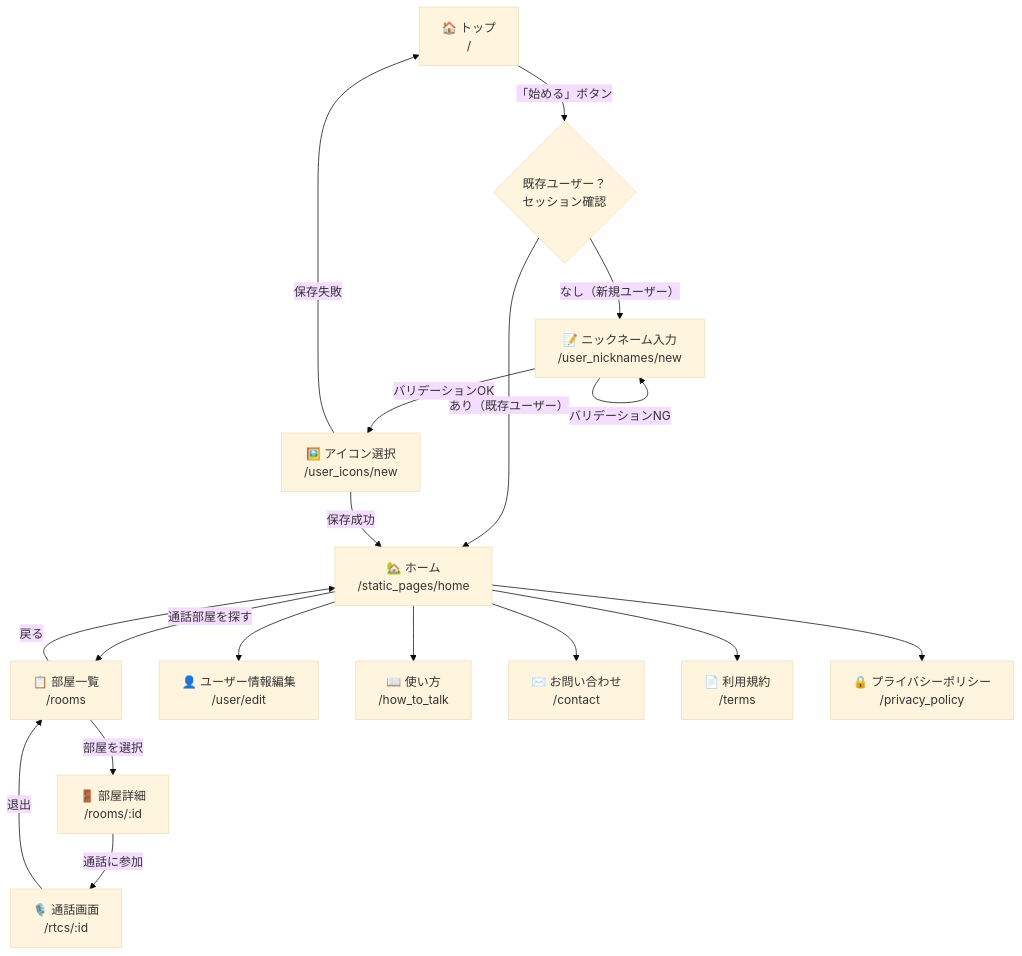
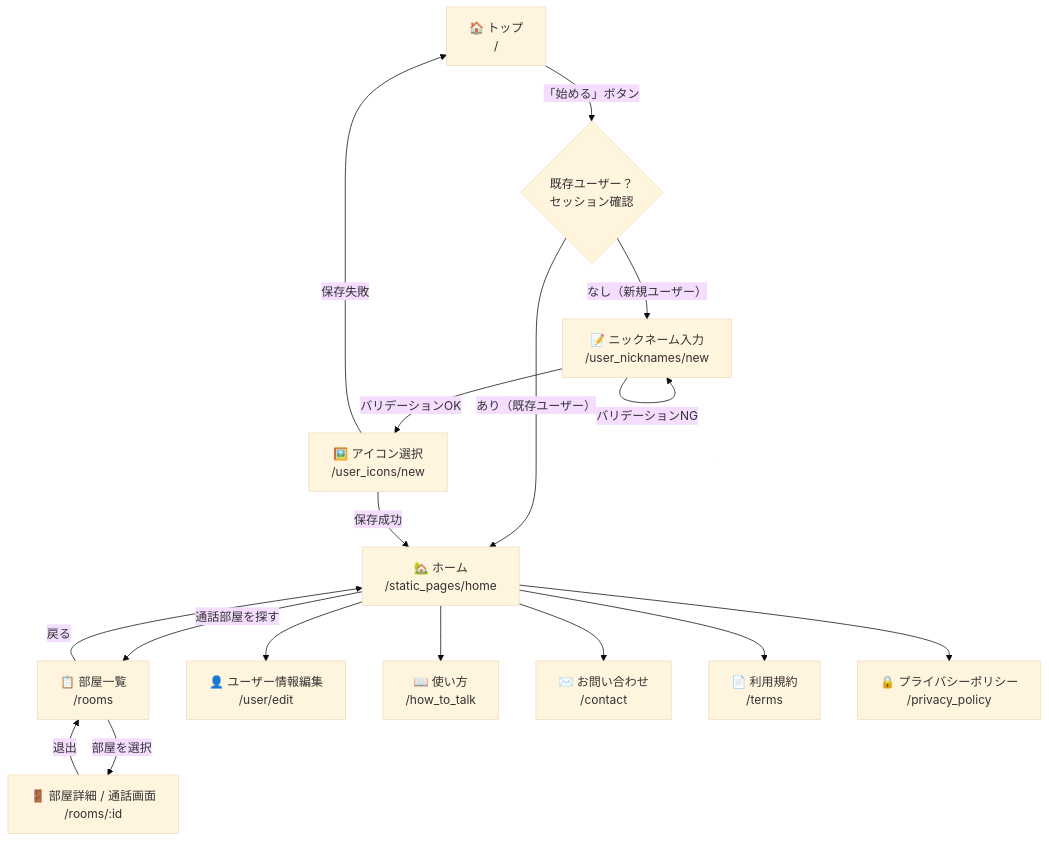
Before and after one commit to taka-thor/myapp: the diagram in docs/screen_transition.md, drawn with Mermaid (base theme).

Commit message:
update: 通話画面ノードを削除し部屋詳細に統合

````diff
--- a/docs/screen_transition.md
+++ b/docs/screen_transition.md
@@ -3,49 +3,46 @@
 ```mermaid
 flowchart TD
     TOP["🏠 トップ\n/"]
     SESSION{"既存ユーザー？\nセッション確認"}
     NICKNAME["📝 ニックネーム入力\n/user_nicknames/new"]
     ICON["🖼️ アイコン選択\n/user_icons/new"]
     HOME["🏡 ホーム\n/static_pages/home"]
     ROOMS["📋 部屋一覧\n/rooms"]
-    ROOM_SHOW["🚪 部屋詳細\n/rooms/:id"]
-    RTC["🎙️ 通話画面\n/rtcs/:id"]
+    ROOM_SHOW["🚪 部屋詳細 / 通話画面\n/rooms/:id"]
     USER_EDIT["👤 ユーザー情報編集\n/user/edit"]
     HOW_TO["📖 使い方\n/how_to_talk"]
     CONTACT["✉️ お問い合わせ\n/contact"]
     TERMS["📄 利用規約\n/terms"]
     PRIVACY["🔒 プライバシーポリシー\n/privacy_policy"]
 
     TOP -->|"「始める」ボタン"| SESSION
     SESSION -->|"あり（既存ユーザー）"| HOME
     SESSION -->|"なし（新規ユーザー）"| NICKNAME
     NICKNAME -->|"バリデーションOK"| ICON
     NICKNAME -->|"バリデーションNG"| NICKNAME
     ICON -->|"保存成功"| HOME
     ICON -->|"保存失敗"| TOP
 
     HOME -->|"通話部屋を探す"| ROOMS
     HOME --> USER_EDIT
     HOME --> HOW_TO
     HOME --> CONTACT
     HOME --> TERMS
     HOME --> PRIVACY
 
     ROOMS -->|"部屋を選択"| ROOM_SHOW
-    ROOM_SHOW -->|"通話に参加"| RTC
-    RTC -->|"退出"| ROOMS
+    ROOM_SHOW -->|"退出"| ROOMS
     ROOMS -->|"戻る"| HOME
 
     click TOP "https://github.com/taka-thor/myapp/blob/master/docs/images/top.png" _blank
     click HOME "https://github.com/taka-thor/myapp/blob/master/docs/images/home.png" _blank
     click NICKNAME "https://github.com/taka-thor/myapp/blob/master/docs/images/nickname.png" _blank
     click ICON "https://github.com/taka-thor/myapp/blob/master/docs/images/icon.png" _blank
     click ROOMS "https://github.com/taka-thor/myapp/blob/master/docs/images/rooms.png" _blank
     click ROOM_SHOW "https://github.com/taka-thor/myapp/blob/master/docs/images/room_show.png" _blank
-    click RTC "https://github.com/taka-thor/myapp/blob/master/docs/images/room_show.png" _blank
     click USER_EDIT "https://github.com/taka-thor/myapp/blob/master/docs/images/user_edit.png" _blank
     click HOW_TO "https://github.com/taka-thor/myapp/blob/master/docs/images/how_to_talk.png" _blank
     click CONTACT "https://github.com/taka-thor/myapp/blob/master/docs/images/contact.png" _blank
     click TERMS "https://github.com/taka-thor/myapp/blob/master/docs/images/terms.png" _blank
     click PRIVACY "https://github.com/taka-thor/myapp/blob/master/docs/images/privacy.png" _blank
 ```
````
